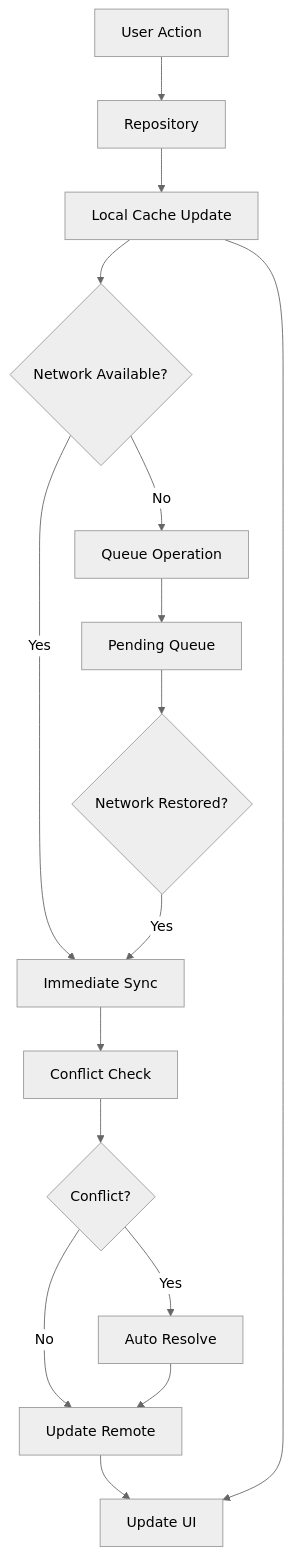
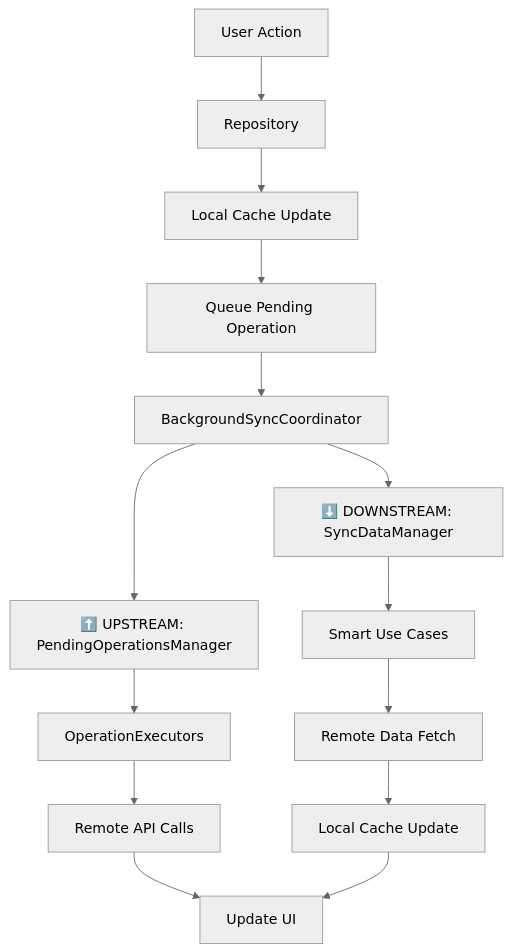
Before and after one commit to cristianmgm7/track_flow: the diagram in lib/core/sync/README.md, drawn with Mermaid (neutral theme). The commit also changed other lines of this file and 2 other files, not shown here.

First line of the commit message:
FEAT: Enhance sync architecture with comprehensive updates to README and sync data management

````diff
--- a/lib/core/sync/README.md
+++ b/lib/core/sync/README.md
@@ -37,18 +11,16 @@
 ```mermaid
 graph TD
     A[User Action] --> B[Repository]
     B --> C[Local Cache Update]
-    C --> D{Network Available?}
-    D -->|Yes| E[Immediate Sync]
-    D -->|No| F[Queue Operation]
-    E --> G[Conflict Check]
-    G --> H{Conflict?}
-    H -->|Yes| I[Auto Resolve]
-    H -->|No| J[Update Remote]
-    I --> J
-    F --> K[Pending Queue]
-    K --> L{Network Restored?}
-    L -->|Yes| E
-    J --> M[Update UI]
-    C --> M
+    C --> D[Queue Pending Operation]
+    D --> E[BackgroundSyncCoordinator]
+    E --> F[⬆️ UPSTREAM: PendingOperationsManager]
+    E --> G[⬇️ DOWNSTREAM: SyncDataManager]
+    F --> H[OperationExecutors]
+    H --> I[Remote API Calls]
+    G --> J[Smart Use Cases]
+    J --> K[Remote Data Fetch]
+    K --> L[Local Cache Update]
+    I --> M[Update UI]
+    L --> M
 ```
````
